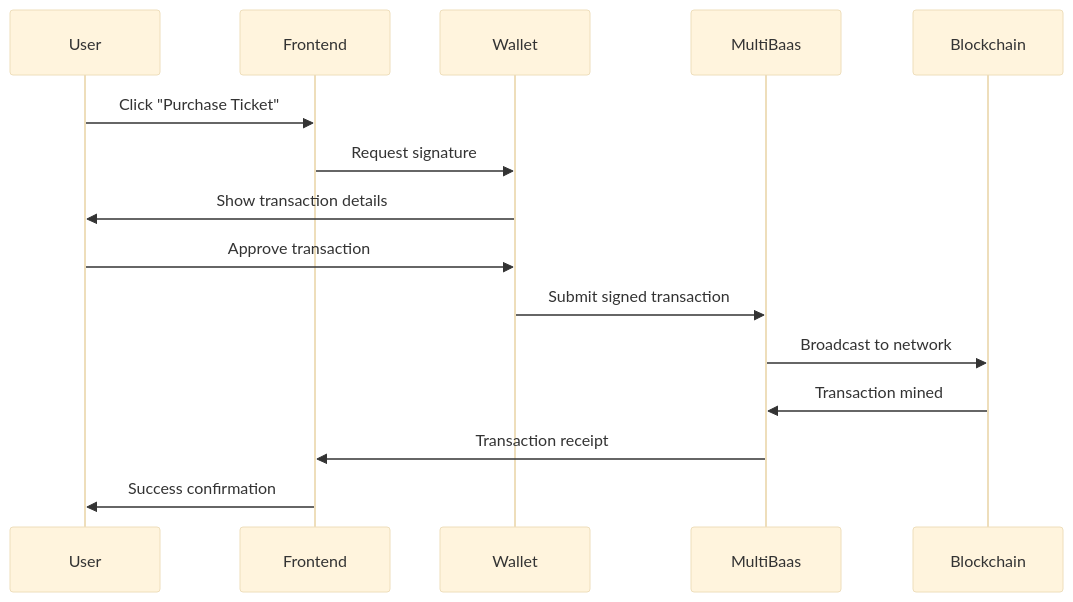
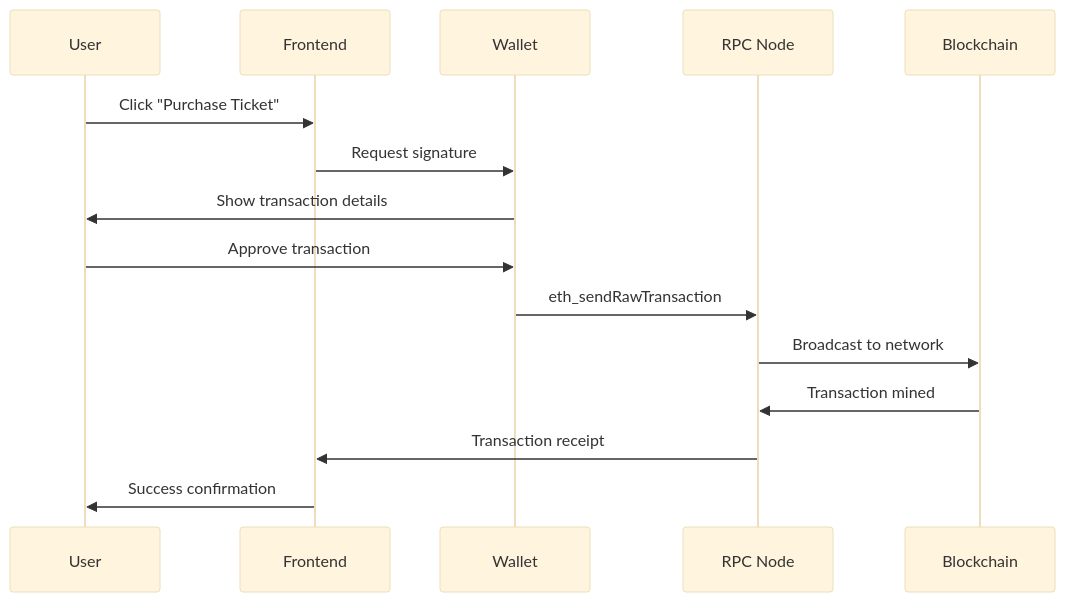
Before and after one commit to Emertechs-Labs/e-chain: the third of 4 diagrams in docs/integration/README.md, drawn with Mermaid (base theme). The commit also changed other lines of this file and 152 other files, not shown here.

````diff
--- a/docs/integration/README.md
+++ b/docs/integration/README.md
@@ -836,18 +868,18 @@
 ```mermaid
 sequenceDiagram
     participant U as User
     participant F as Frontend
     participant W as Wallet
-    participant M as MultiBaas
+    participant R as RPC Node
     participant B as Blockchain
 
     U->>F: Click "Purchase Ticket"
     F->>W: Request signature
     W->>U: Show transaction details
     U->>W: Approve transaction
-    W->>M: Submit signed transaction
-    M->>B: Broadcast to network
-    B->>M: Transaction mined
-    M->>F: Transaction receipt
+    W->>R: eth_sendRawTransaction
+    R->>B: Broadcast to network
+    B->>R: Transaction mined
+    R->>F: Transaction receipt
     F->>U: Success confirmation
 ```
````
